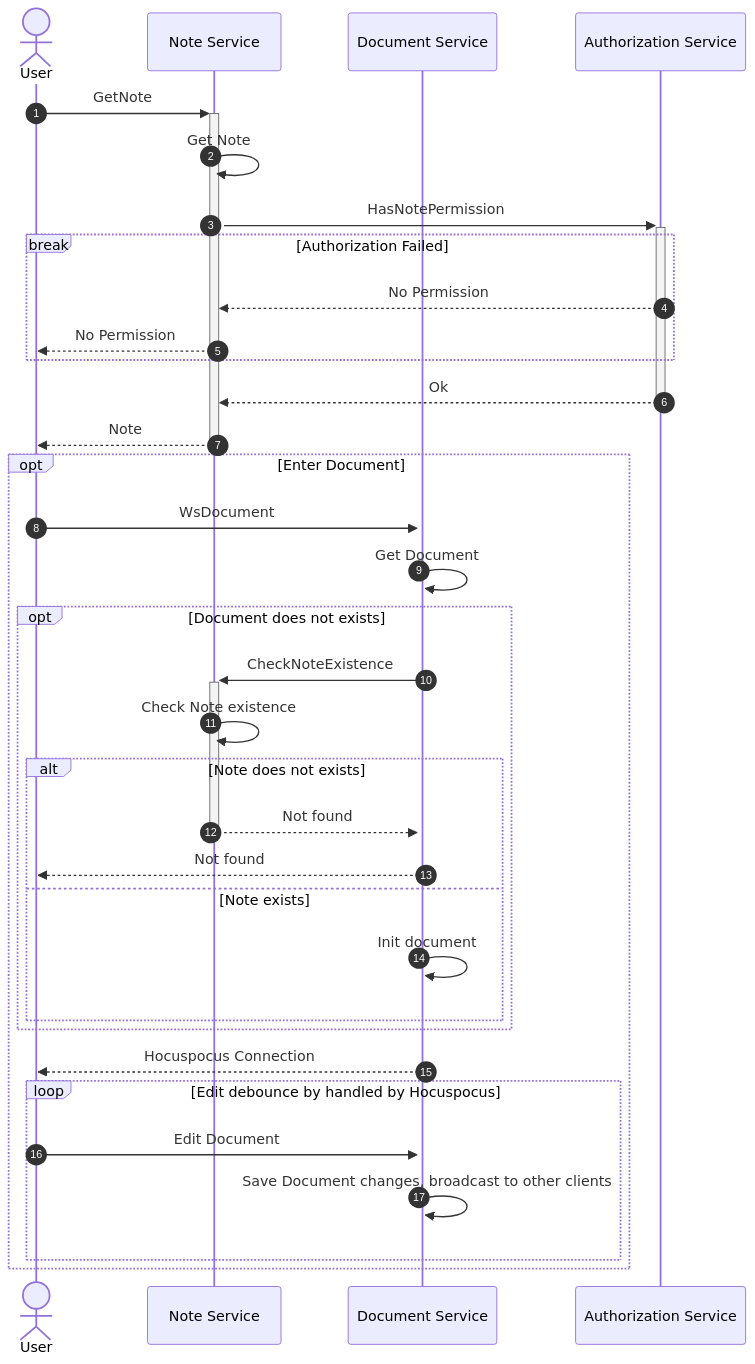
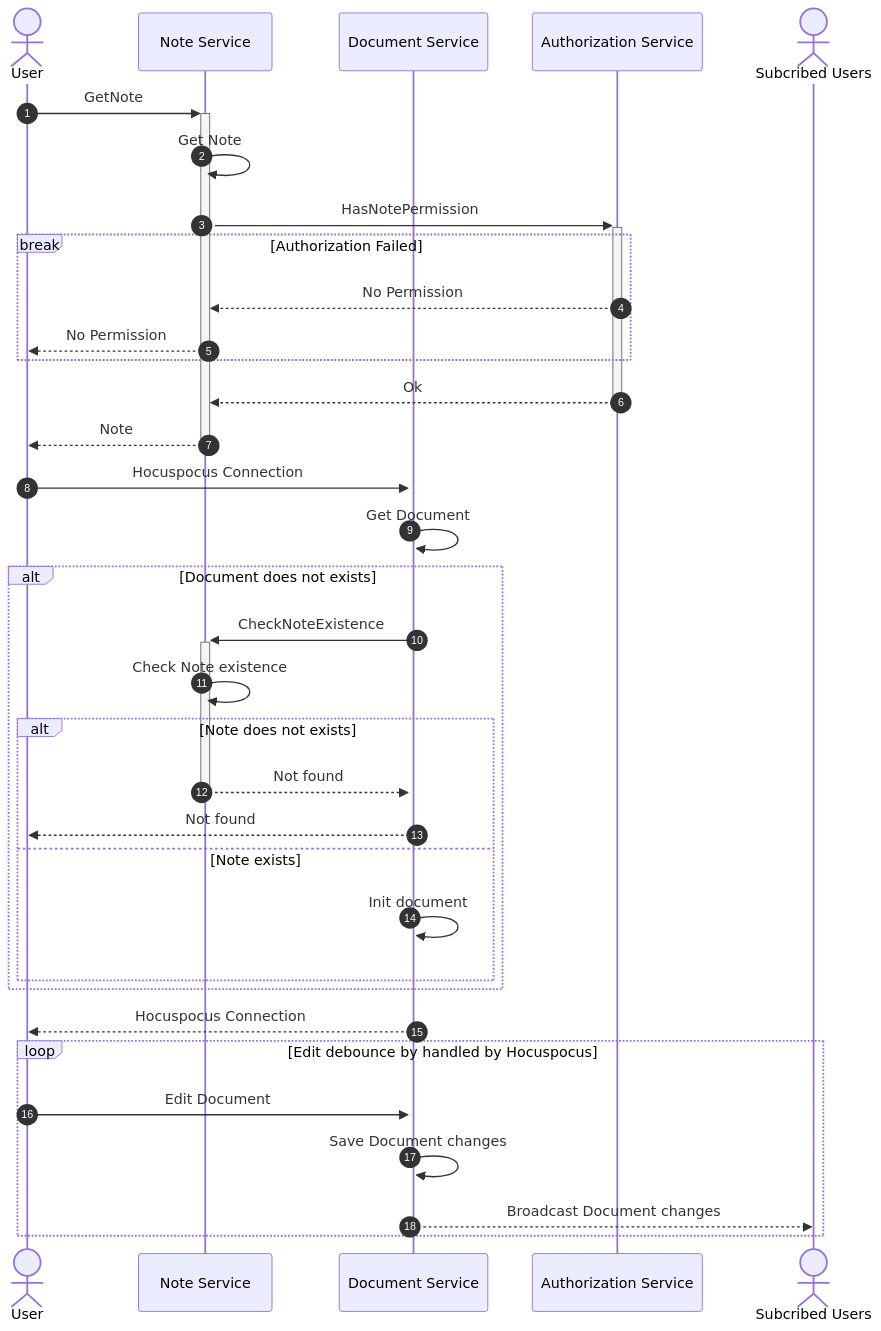
The second of 5 diagrams in docs/src/references/sequence/note.md (notopia-uit/notopia), drawn with Mermaid before and after one commit. The commit also changed 7 other files, not shown here.

````diff
--- a/docs/src/references/sequence/note.md
+++ b/docs/src/references/sequence/note.md
@@ -63,38 +63,38 @@
 ```mermaid
 sequenceDiagram
     autonumber
 
     actor U as User
     participant NS as Note Service
     participant DS as Document Service
     participant AS as Authorization Service
+    actor SU as Subcribed Users
 
     U->>+NS: GetNote
     NS->>NS: Get Note
     NS->>+AS: HasNotePermission
     break Authorization Failed
         AS-->>NS: No Permission
         NS-->>U: No Permission
     end
     AS-->>-NS: Ok
     NS-->>-U: Note
-    opt Enter Document
-        U->>+DS: WsDocument
-        DS->>DS: Get Document
-        opt Document does not exists
-            DS->>+NS: CheckNoteExistence
-            NS->>NS: Check Note existence
-            alt Note does not exists
-                NS-->>-DS: Not found
-                DS-->>U: Not found
-            else Note exists
-                DS->>DS: Init document
-            end
-        end
-        DS-->>U: Hocuspocus Connection
-        loop Edit debounce by handled by Hocuspocus
-            U->>DS: Edit Document
-            DS->>DS: Save Document changes, broadcast to other clients
+    U->>+DS: Hocuspocus Connection
+    DS->>DS: Get Document
+    alt Document does not exists
+        DS->>+NS: CheckNoteExistence
+        NS->>NS: Check Note existence
+        alt Note does not exists
+            NS-->>-DS: Not found
+            DS-->>U: Not found
+        else Note exists
+            DS->>DS: Init document
         end
     end
+    DS-->>U: Hocuspocus Connection
+    loop Edit debounce by handled by Hocuspocus
+        U->>DS: Edit Document
+        DS->>DS: Save Document changes
+        DS-->>SU: Broadcast Document changes
+    end
 ```
````
